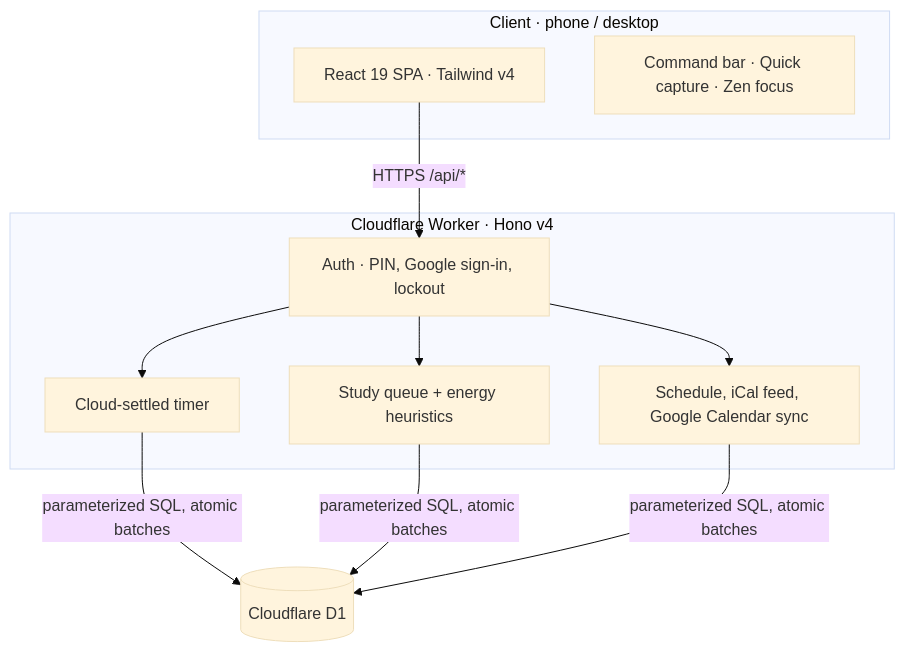
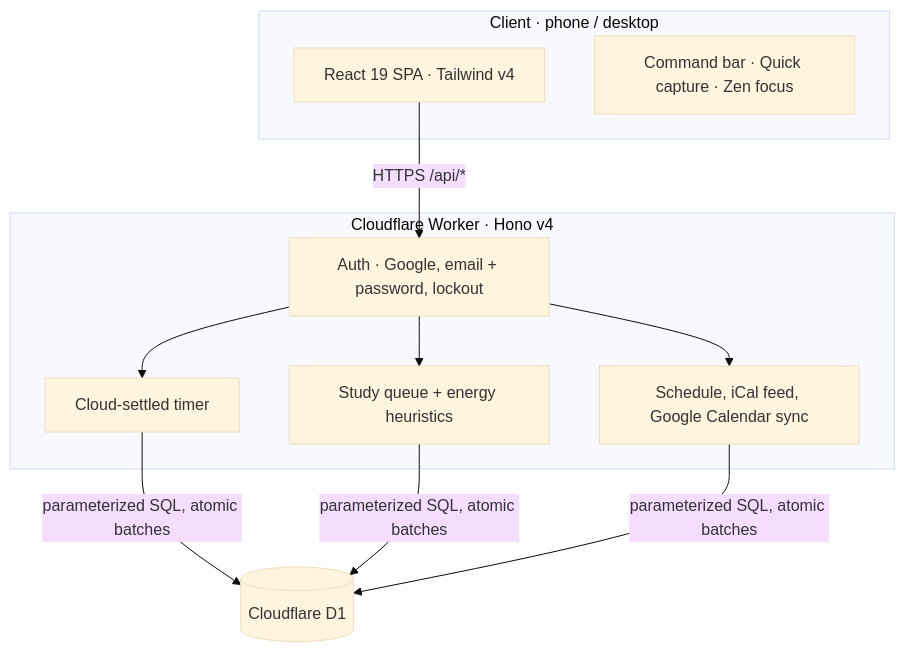
The diagram in README.md (w1tneess/command-deck), drawn with Mermaid (base theme) before and after one commit. The commit also changed other lines of this file and 13 other files, not shown here.

First line of the commit message:
Sign in with Google or a verified email and password; remove the PIN and APP_TOKEN

````diff
--- a/README.md
+++ b/README.md
@@ -18,20 +18,20 @@
 ```mermaid
 graph TD
     subgraph Client [Client · phone / desktop]
         UI[React 19 SPA · Tailwind v4]
         Cmd[Command bar · Quick capture · Zen focus]
     end
 
     subgraph Edge [Cloudflare Worker · Hono v4]
-        Auth[Auth · PIN, Google sign-in, lockout]
+        Auth[Auth · Google, email + password, lockout]
         Timer[Cloud-settled timer]
         Planner[Study queue + energy heuristics]
         Cal[Schedule, iCal feed, Google Calendar sync]
     end
 
     D1[(Cloudflare D1)]
 
     UI -->|HTTPS /api/*| Auth
     Auth --> Timer & Planner & Cal
     Timer & Planner & Cal -->|parameterized SQL, atomic batches| D1
 ```
````
